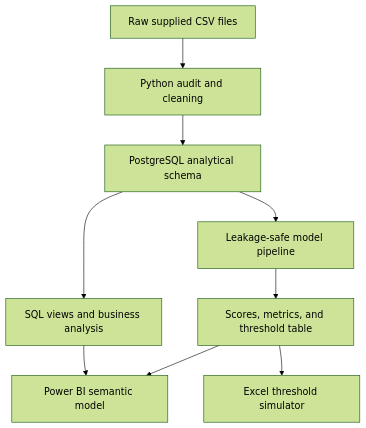
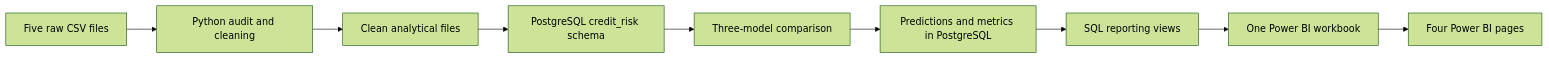
Before and after one commit to rafiadabhi/credit-risk-analysis: the diagram in README.md, drawn with Mermaid (forest theme). The commit also changed other lines of this file and 36 other files, not shown here.

````diff
--- a/README.md
+++ b/README.md
@@ -137,11 +48,11 @@
 ```mermaid
-flowchart TD
-    A[Raw supplied CSV files] --> B[Python audit and cleaning]
-    B --> C[PostgreSQL analytical schema]
-    C --> D[SQL views and business analysis]
-    C --> E[Leakage-safe model pipeline]
-    E --> F[Scores, metrics, and threshold table]
-    D --> G[Power BI semantic model]
-    F --> G
-    F --> H[Excel threshold simulator]
+flowchart LR
+    A["Five raw CSV files"] --> B["Python audit and cleaning"]
+    B --> C["Clean analytical files"]
+    C --> D["PostgreSQL credit_risk schema"]
+    D --> E["Three-model comparison"]
+    E --> F["Predictions and metrics in PostgreSQL"]
+    F --> G["SQL reporting views"]
+    G --> H["One Power BI workbook"]
+    H --> I["Four Power BI pages"]
 ```
````
